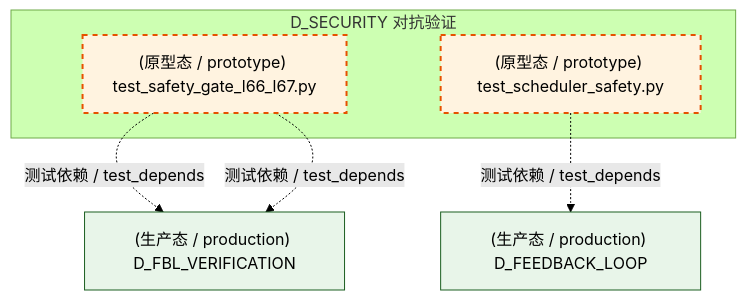
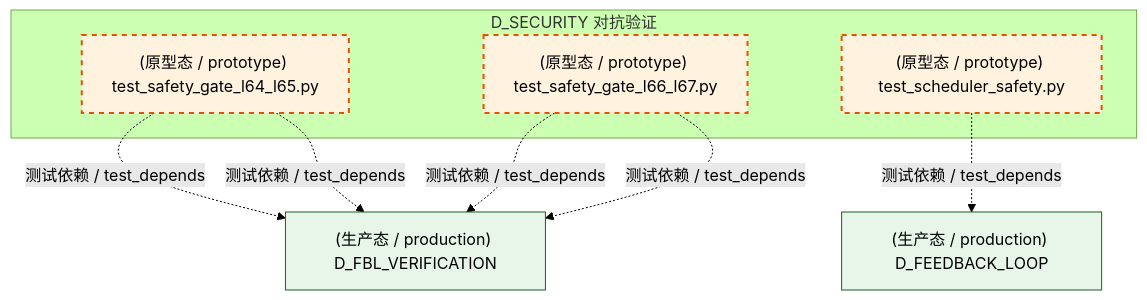
One commit to xuanFelixVan/ZephyrAlpha changed the eighth of 11 diagrams in docs/02_enterprise_architecture/02_domain_architecture_docs/24_d_security.md. Above: the diagram before and after it, drawn with Mermaid (forest theme). The commit also changed other lines of this file and 126 other files, not shown here.

````diff
--- a/docs/02_enterprise_architecture/02_domain_architecture_docs/24_d_security.md
+++ b/docs/02_enterprise_architecture/02_domain_architecture_docs/24_d_security.md
@@ -940,18 +938,21 @@
 ```mermaid
 graph TD
     subgraph D_SECURITY["D_SECURITY 对抗验证"]
+        tests_safety_test_safety_gate_l64_l65_py["(原型态 / prototype) test_safety_gate_l64_l65.py"]
         tests_safety_test_safety_gate_l66_l67_py["(原型态 / prototype) test_safety_gate_l66_l67.py"]
         tests_safety_test_scheduler_safety_py["(原型态 / prototype) test_scheduler_safety.py"]
     end
     D_FBL_VERIFICATION["(生产态 / production) D_FBL_VERIFICATION"]
+    tests_safety_test_safety_gate_l64_l65_py -.->|测试依赖 / test_depends| D_FBL_VERIFICATION
+    tests_safety_test_safety_gate_l64_l65_py -.->|测试依赖 / test_depends| D_FBL_VERIFICATION
+    D_FEEDBACK_LOOP["(生产态 / production) D_FEEDBACK_LOOP"]
+    tests_safety_test_scheduler_safety_py -.->|测试依赖 / test_depends| D_FEEDBACK_LOOP
     tests_safety_test_safety_gate_l66_l67_py -.->|测试依赖 / test_depends| D_FBL_VERIFICATION
     tests_safety_test_safety_gate_l66_l67_py -.->|测试依赖 / test_depends| D_FBL_VERIFICATION
-    D_FEEDBACK_LOOP["(生产态 / production) D_FEEDBACK_LOOP"]
-    tests_safety_test_scheduler_safety_py -.->|测试依赖 / test_depends| D_FEEDBACK_LOOP
     classDef production fill:#e1f5fe,stroke:#01579b,stroke-width:2px,color:#000
     classDef design fill:#fff3e0,stroke:#e65100,stroke-width:2px,color:#000,stroke-dasharray: 5 5
     classDef external_prod fill:#e8f5e9,stroke:#1b5e20,stroke-width:1px,color:#000
     classDef external_design fill:#fce4ec,stroke:#880e4f,stroke-width:1px,color:#000,stroke-dasharray: 5 5
-    class tests_safety_test_safety_gate_l66_l67_py,tests_safety_test_scheduler_safety_py design
+    class tests_safety_test_safety_gate_l64_l65_py,tests_safety_test_safety_gate_l66_l67_py,tests_safety_test_scheduler_safety_py design
     class D_FBL_VERIFICATION,D_FEEDBACK_LOOP external_prod
 ```
````
